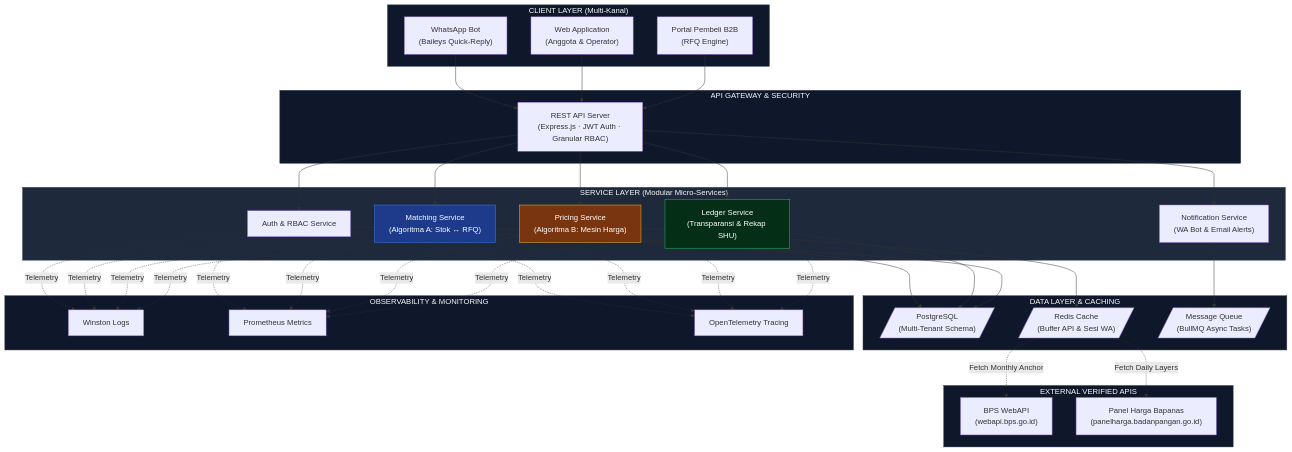
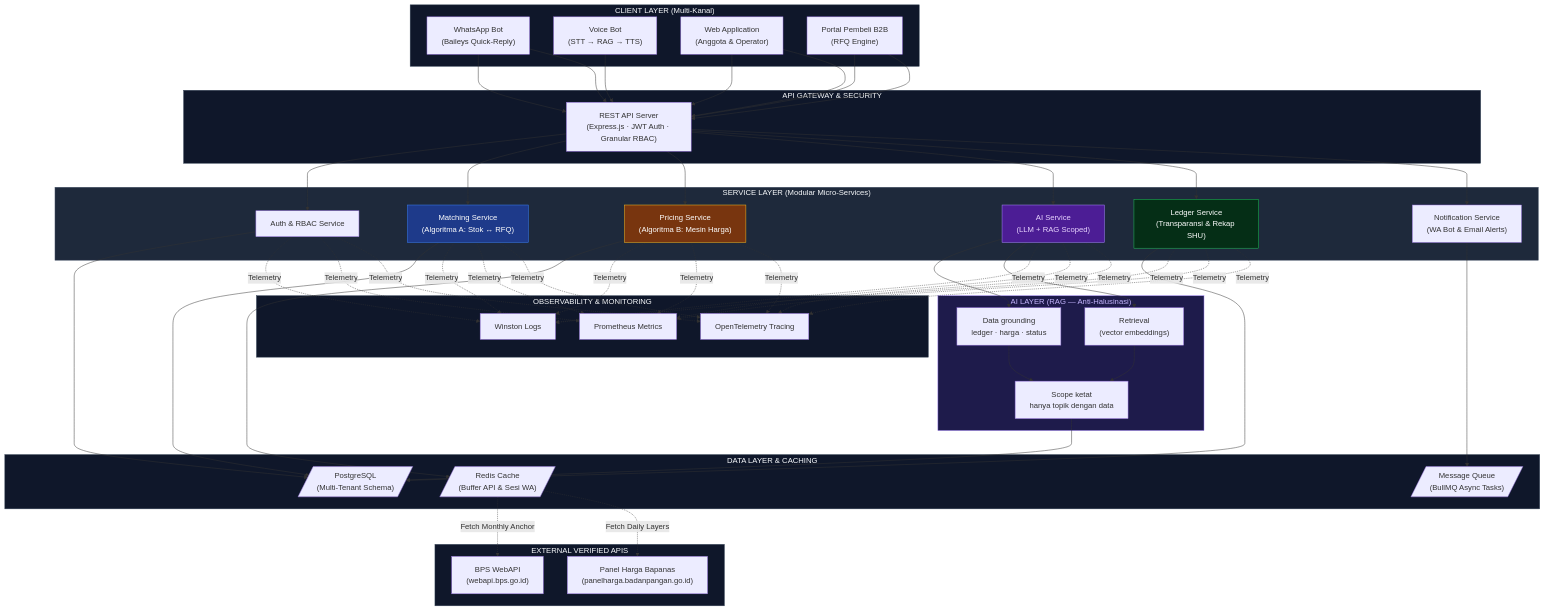
One commit to aniceswan/TemuNiaga changed the sixth of 7 diagrams in README.md. Above: the diagram before and after it, drawn with Mermaid. The commit also changed other lines of this file and 7 other files, not shown here.

Commit message:
feat: mentorship additions — AI RAG voice bot, data Simkopdes, TAM/SAM/SOM, value prop canvas, 4 analisis PEBS, benchmark Amul, kriteria juri, baseline-target, model bisnis hybrid, arsitektur AI layer

````diff
--- a/README.md
+++ b/README.md
@@ -348,56 +357,70 @@
 ```mermaid
 graph TB
     subgraph CLIENT ["CLIENT LAYER (Multi-Kanal)"]
         WA["WhatsApp Bot<br/>(Baileys Quick-Reply)"]
+        VOICE["Voice Bot<br/>(STT → RAG → TTS)"]
         WEB["Web Application<br/>(Anggota & Operator)"]
         PORTAL["Portal Pembeli B2B<br/>(RFQ Engine)"]
     end
 
     subgraph GATEWAY ["API GATEWAY & SECURITY"]
         REST["REST API Server<br/>(Express.js · JWT Auth · Granular RBAC)"]
     end
 
     subgraph SERVICE ["SERVICE LAYER (Modular Micro-Services)"]
         SVC_AUTH["Auth & RBAC Service"]
         SVC_MATCH["Matching Service<br/>(Algoritma A: Stok ↔ RFQ)"]
         SVC_HARGA["Pricing Service<br/>(Algoritma B: Mesin Harga)"]
         SVC_LEDGER["Ledger Service<br/>(Transparansi & Rekap SHU)"]
+        SVC_AI["AI Service<br/>(LLM + RAG Scoped)"]
         SVC_NOTIF["Notification Service<br/>(WA Bot & Email Alerts)"]
+    end
+
+    subgraph AI_LAYER ["AI LAYER (RAG — Anti-Halusinasi)"]
+        DIR["Data grounding<br/>ledger · harga · status"]
+        SCOPE["Scope ketat<br/>hanya topik dengan data"]
+        RETRIEVAL["Retrieval<br/>(vector embeddings)"]
     end
 
     subgraph DATA ["DATA LAYER & CACHING"]
         DB[/"PostgreSQL<br/>(Multi-Tenant Schema)"/]
         CACHE[/"Redis Cache<br/>(Buffer API & Sesi WA)"/]
         QUEUE[/"Message Queue<br/>(BullMQ Async Tasks)"/]
     end
 
     subgraph EXTERNAL ["EXTERNAL VERIFIED APIS"]
         BPS["BPS WebAPI<br/>(webapi.bps.go.id)"]
         BAPANAS["Panel Harga Bapanas<br/>(panelharga.badanpangan.go.id)"]
     end
 
     subgraph OBSERVABILITY ["OBSERVABILITY & MONITORING"]
         LOG["Winston Logs"]
         MET["Prometheus Metrics"]
         TRC["OpenTelemetry Tracing"]
     end
 
     WA & WEB & PORTAL --> REST
-    REST --> SVC_AUTH & SVC_MATCH & SVC_HARGA & SVC_LEDGER & SVC_NOTIF
+    WA & VOICE & WEB & PORTAL --> REST
+    REST --> SVC_AUTH & SVC_MATCH & SVC_HARGA & SVC_AI & SVC_LEDGER & SVC_NOTIF
     SVC_MATCH & SVC_LEDGER & SVC_AUTH --> DB
     SVC_HARGA --> CACHE
+    SVC_AI --> DIR & RETRIEVAL
+    DIR & RETRIEVAL --> SCOPE
+    SCOPE --> DB
     SVC_NOTIF --> QUEUE
     CACHE -. "Fetch Monthly Anchor" .-> BPS
     CACHE -. "Fetch Daily Layers" .-> BAPANAS
-    SVC_AUTH & SVC_MATCH & SVC_HARGA & SVC_LEDGER -. "Telemetry" .-> LOG & MET & TRC
+    SVC_AUTH & SVC_MATCH & SVC_HARGA & SVC_AI & SVC_LEDGER -. "Telemetry" .-> LOG & MET & TRC
 
     style CLIENT fill:#0f172a,stroke:#334155,color:#f8fafc
     style GATEWAY fill:#0f172a,stroke:#334155,color:#f8fafc
     style SERVICE fill:#1e293b,stroke:#475569,color:#f8fafc
     style DATA fill:#0f172a,stroke:#334155,color:#f8fafc
     style EXTERNAL fill:#0f172a,stroke:#334155,color:#f8fafc
     style OBSERVABILITY fill:#0f172a,stroke:#334155,color:#f8fafc
+    style AI_LAYER fill:#1e1b4b,stroke:#a78bfa,color:#c4b5fd
     style SVC_HARGA fill:#78350f,stroke:#fbbf24,color:#ffffff
     style SVC_MATCH fill:#1e3a8a,stroke:#3b82f6,color:#ffffff
+    style SVC_AI fill:#4c1d95,stroke:#a78bfa,color:#e9d5ff
     style SVC_LEDGER fill:#052e16,stroke:#22c55e,color:#ffffff
 ```
````
